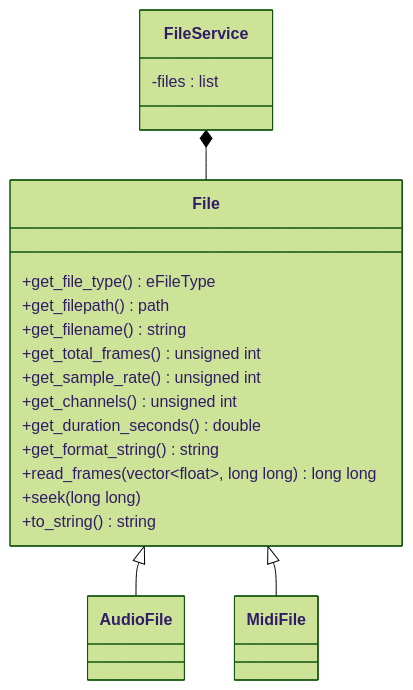
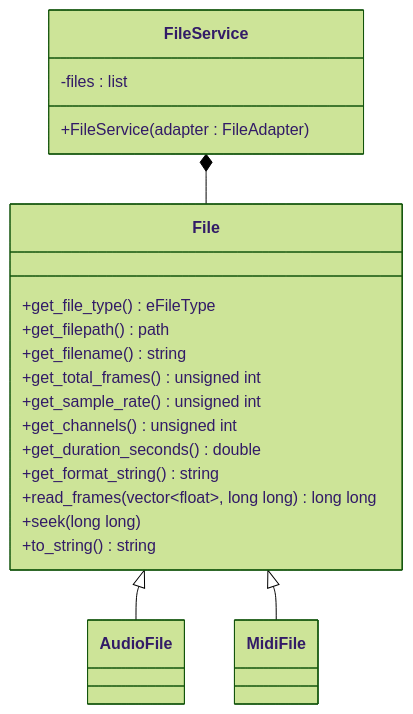
Diagram 12 of 21 in docs/DESIGN_DOC.md (aidan-clyens/miniaudioengine), drawn with Mermaid (forest theme) before and after one commit. The commit also changed other lines of this file and 1 other file, not shown here.

````diff
--- a/docs/DESIGN_DOC.md
+++ b/docs/DESIGN_DOC.md
@@ -381,33 +422,34 @@
 ```mermaid
 classDiagram
 
     class FileService {
         -files : list<File>
+        +FileService(adapter : FileAdapter)
     }
 
     class File {
         +get_file_type() eFileType
         +get_filepath() path
         +get_filename() string
         +get_total_frames() unsigned int
         +get_sample_rate() unsigned int
         +get_channels() unsigned int
         +get_duration_seconds() double
         +get_format_string() string
         +read_frames(vector~float~, long long) long long
         +seek(long long)
         +to_string() string
     }
 
     class AudioFile {
 
     }
 
     class MidiFile {
 
     }
 
     FileService *-- File
     File <|-- AudioFile
     File <|-- MidiFile
 ```
````
